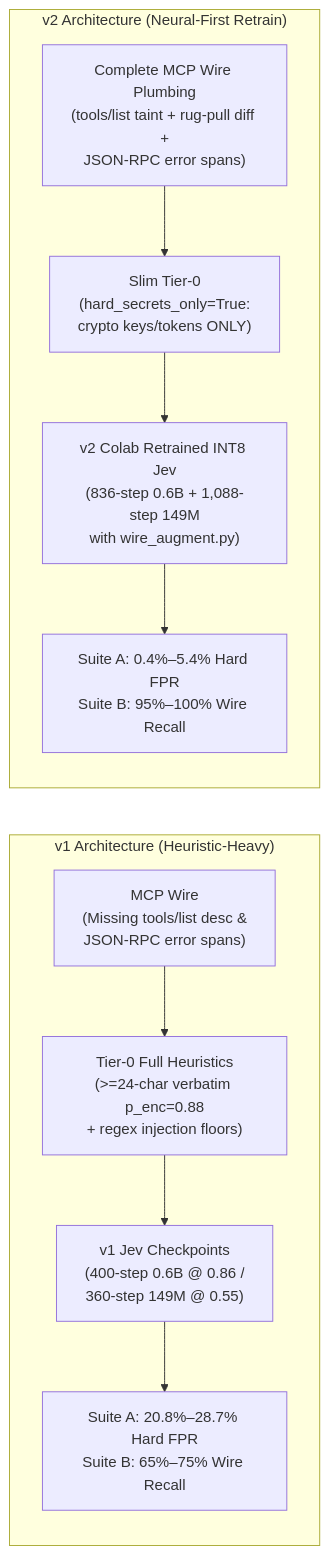
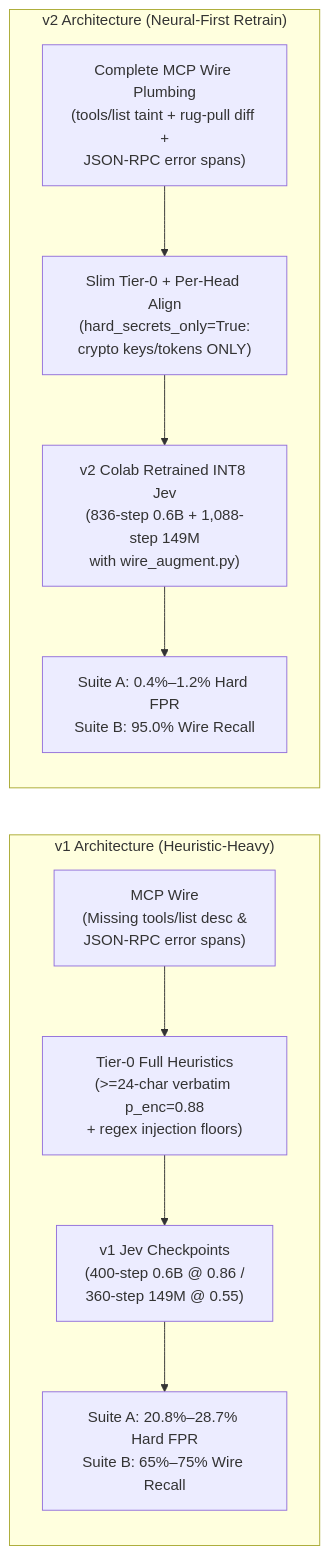
The diagram in benchmarks/results/COMPETITIVE_BENCHMARK_REPORT.md (PhilippFrenzel2005/diodemcp), drawn with Mermaid before and after one commit. The commit also changed other lines of this file and 7 other files, not shown here.

Commit message:
feat(bench): align per_head_thresholds and refresh v2 Base-149M benchmark results

````diff
--- a/benchmarks/results/COMPETITIVE_BENCHMARK_REPORT.md
+++ b/benchmarks/results/COMPETITIVE_BENCHMARK_REPORT.md
@@ -133,14 +133,14 @@
 ```mermaid
 flowchart LR
   subgraph V1["v1 Architecture (Heuristic-Heavy)"]
     V1W["MCP Wire\n(Missing tools/list desc &\nJSON-RPC error spans)"] --> V1T0["Tier-0 Full Heuristics\n(>=24-char verbatim p_enc=0.88\n+ regex injection floors)"]
     V1T0 --> V1M["v1 Jev Checkpoints\n(400-step 0.6B @ 0.86 /\n360-step 149M @ 0.55)"]
     V1M --> V1O["Suite A: 20.8%–28.7% Hard FPR\nSuite B: 65%–75% Wire Recall"]
   end
 
   subgraph V2["v2 Architecture (Neural-First Retrain)"]
-    V2W["Complete MCP Wire Plumbing\n(tools/list taint + rug-pull diff +\nJSON-RPC error spans)"] --> V2T0["Slim Tier-0\n(hard_secrets_only=True:\ncrypto keys/tokens ONLY)"]
+    V2W["Complete MCP Wire Plumbing\n(tools/list taint + rug-pull diff +\nJSON-RPC error spans)"] --> V2T0["Slim Tier-0 + Per-Head Align\n(hard_secrets_only=True:\ncrypto keys/tokens ONLY)"]
     V2T0 --> V2M["v2 Colab Retrained INT8 Jev\n(836-step 0.6B + 1,088-step 149M\nwith wire_augment.py)"]
-    V2M --> V2O["Suite A: 0.4%–5.4% Hard FPR\nSuite B: 95%–100% Wire Recall"]
+    V2M --> V2O["Suite A: 0.4%–1.2% Hard FPR\nSuite B: 95.0% Wire Recall"]
   end
 ```
````
